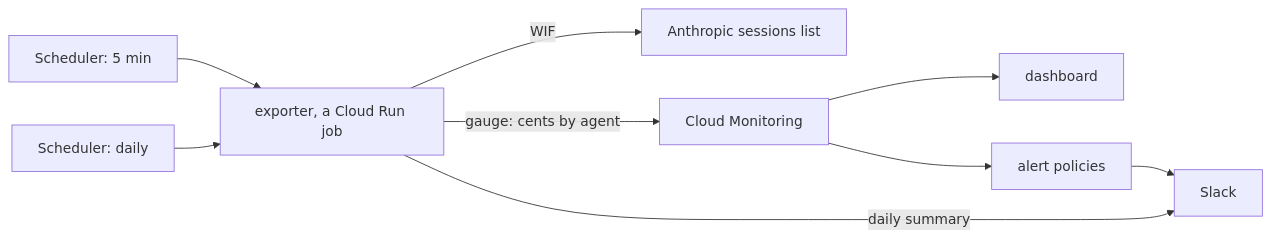
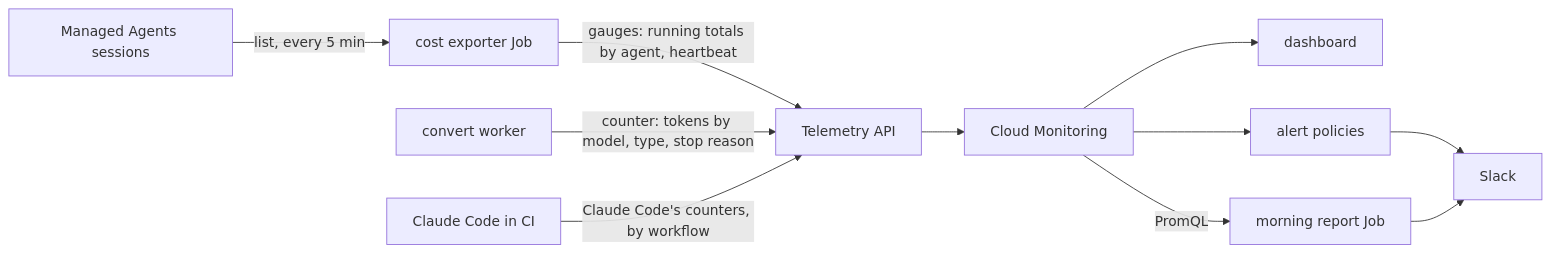
Before and after one commit to populationgenomics/themis: the diagram in docs/design/cost-monitoring.md, drawn with Mermaid. The commit also changed other lines of this file, not shown here.

````diff
--- a/docs/design/cost-monitoring.md
+++ b/docs/design/cost-monitoring.md
@@ -140,10 +137,11 @@
 ```mermaid
 flowchart LR
-    S1[Scheduler: 5 min] --> E
-    S2[Scheduler: daily] --> E[exporter, a Cloud Run job]
-    E -- WIF --> A[Anthropic sessions list]
-    E -- gauge: cents by agent --> M[Cloud Monitoring]
+    A[Managed Agents sessions] -- list, every 5 min --> E[cost exporter Job]
+    E -- gauges: running totals by agent, heartbeat --> T[Telemetry API]
+    W[convert worker] -- counter: tokens by model, type, stop reason --> T
+    C[Claude Code in CI] -- Claude Code's counters, by workflow --> T
+    T --> M[Cloud Monitoring]
     M --> D[dashboard]
-    M --> P[alert policies] --> SL[Slack]
-    E -- daily summary --> SL
+    M --> P[alert policies] --> S[Slack]
+    M -- PromQL --> R[morning report Job] --> S
 ```
````
